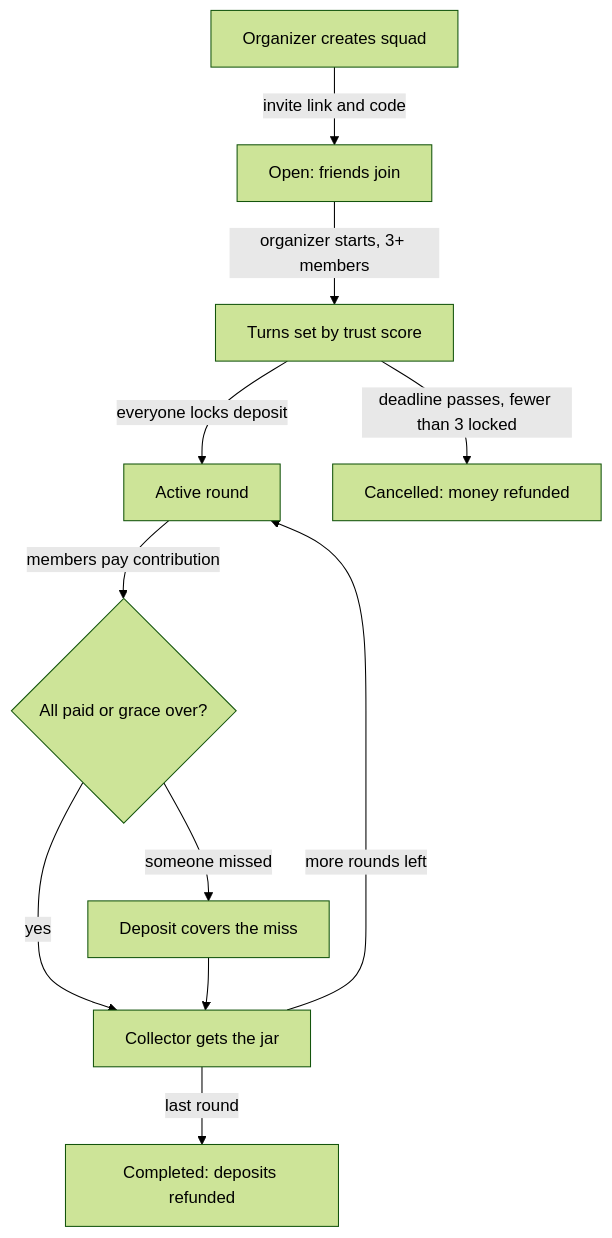
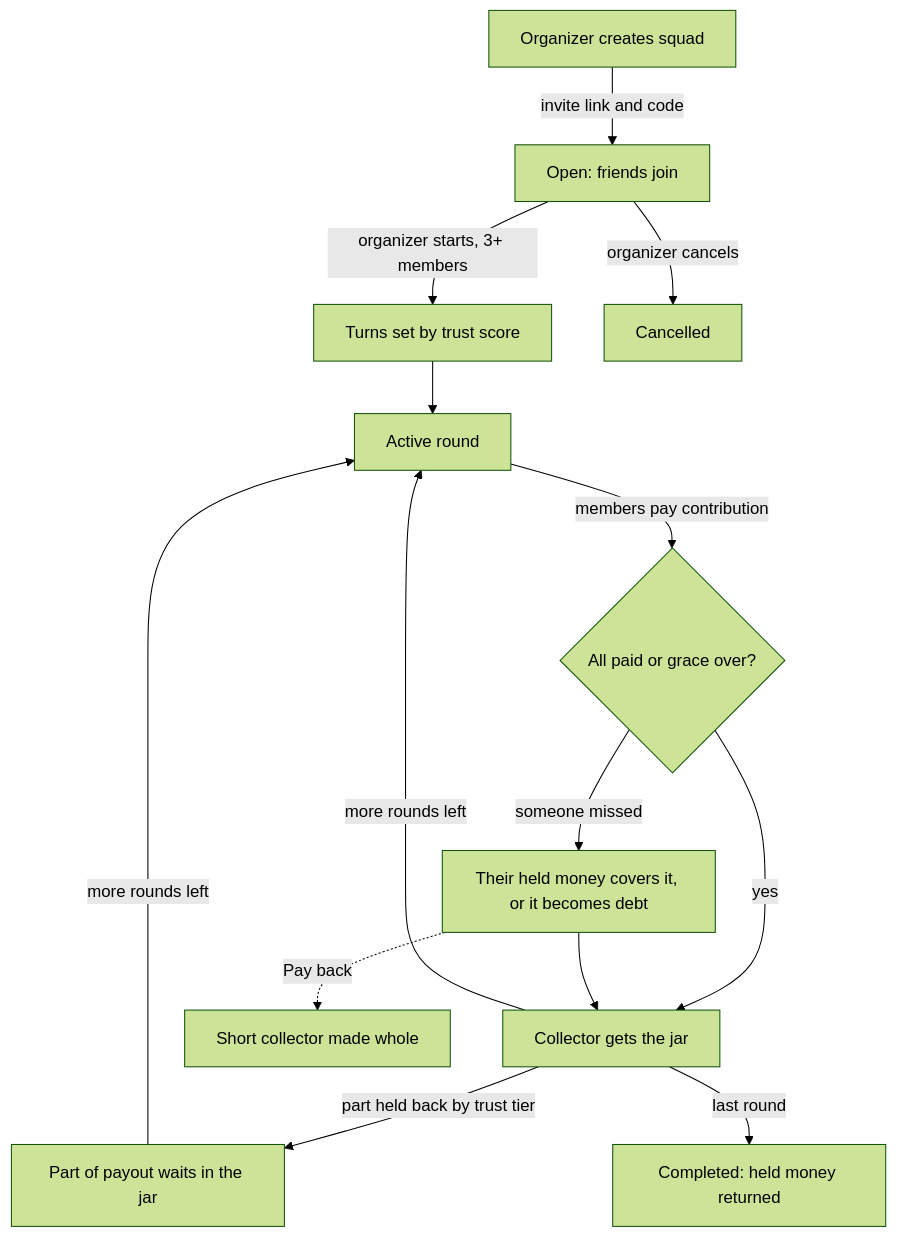
The diagram in docs/diagrams/squad-lifecycle.mmd (faroukobayanju/squadjar), drawn with Mermaid (forest theme) before and after one commit. The commit also changed 3 other files, not shown here.

```diff
--- a/docs/diagrams/squad-lifecycle.mmd
+++ b/docs/diagrams/squad-lifecycle.mmd
@@ -1,11 +1,14 @@
 graph TD
   A[Organizer creates squad] -->|invite link and code| B[Open: friends join]
   B -->|organizer starts, 3+ members| C[Turns set by trust score]
-  C -->|everyone locks deposit| D[Active round]
+  C --> D[Active round]
   D -->|members pay contribution| E{All paid or grace over?}
   E -->|yes| F[Collector gets the jar]
-  E -->|someone missed| G[Deposit covers the miss]
+  E -->|someone missed| G[Their held money covers it, or it becomes debt]
   G --> F
+  F -->|part held back by trust tier| H[Part of payout waits in the jar]
+  H -->|more rounds left| D
   F -->|more rounds left| D
-  F -->|last round| H[Completed: deposits refunded]
-  C -->|deadline passes, fewer than 3 locked| X[Cancelled: money refunded]
+  G -.->|Pay back| P[Short collector made whole]
+  F -->|last round| Z[Completed: held money returned]
+  B -->|organizer cancels| X[Cancelled]
```
